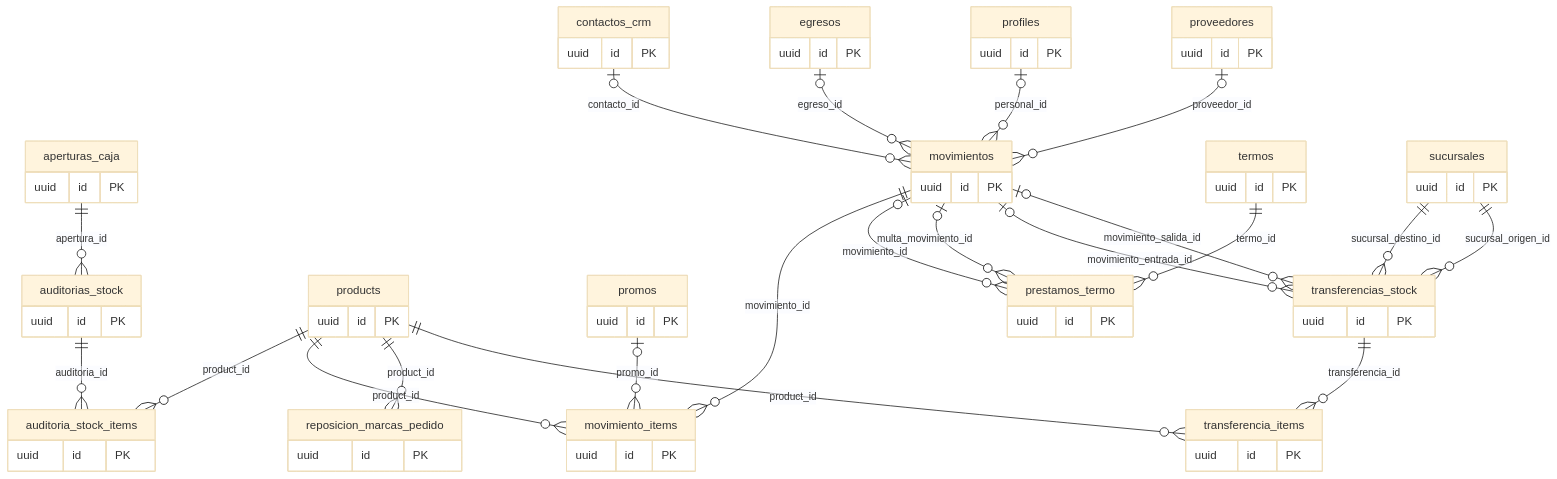
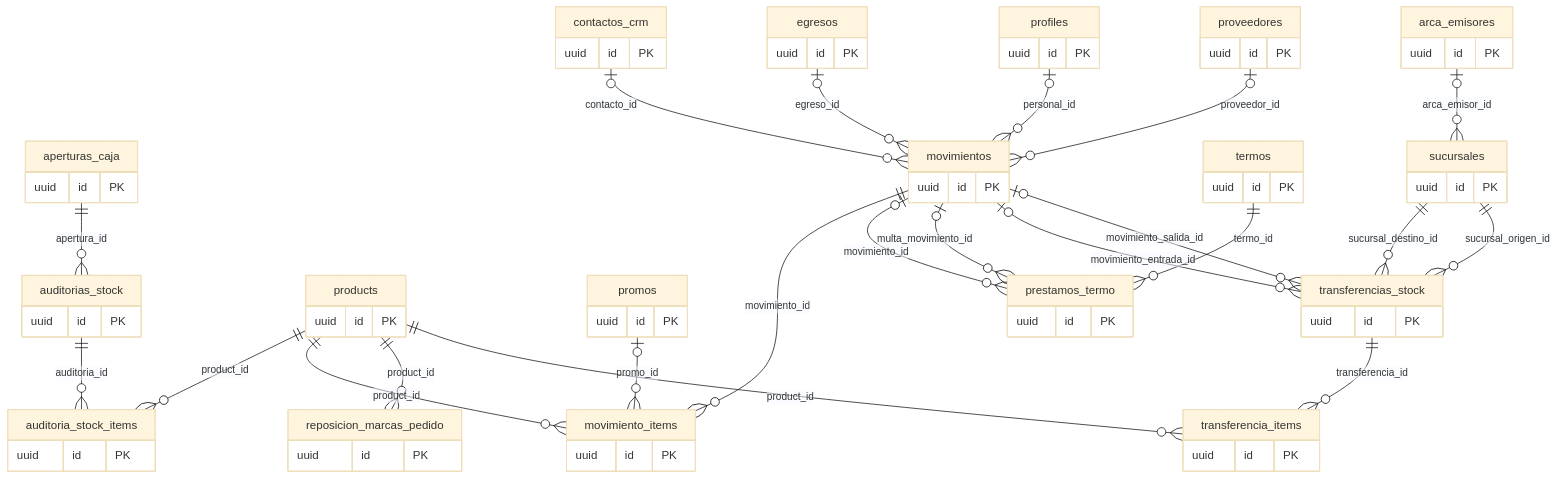
Before and after one commit to gabriel-300/kioscos-ideia: the third of 9 diagrams in docs/base-de-datos.md, drawn with Mermaid (base theme). The commit also changed other lines of this file and 28 other files, not shown here.

````diff
--- a/docs/base-de-datos.md
+++ b/docs/base-de-datos.md
@@ -294,74 +295,78 @@
 ```mermaid
 erDiagram
   auditorias_stock ||--o{ auditoria_stock_items : "auditoria_id"
   products ||--o{ auditoria_stock_items : "product_id"
   aperturas_caja ||--o{ auditorias_stock : "apertura_id"
   movimientos ||--o{ movimiento_items : "movimiento_id"
   products ||--o{ movimiento_items : "product_id"
   promos |o--o{ movimiento_items : "promo_id"
   contactos_crm |o--o{ movimientos : "contacto_id"
   egresos |o--o{ movimientos : "egreso_id"
   profiles |o--o{ movimientos : "personal_id"
   proveedores |o--o{ movimientos : "proveedor_id"
   movimientos |o--o{ prestamos_termo : "movimiento_id"
   movimientos |o--o{ prestamos_termo : "multa_movimiento_id"
   termos ||--o{ prestamos_termo : "termo_id"
   products ||--o{ reposicion_marcas_pedido : "product_id"
+  arca_emisores |o--o{ sucursales : "arca_emisor_id"
   products ||--o{ transferencia_items : "product_id"
   transferencias_stock ||--o{ transferencia_items : "transferencia_id"
   movimientos |o--o{ transferencias_stock : "movimiento_entrada_id"
   movimientos |o--o{ transferencias_stock : "movimiento_salida_id"
   sucursales ||--o{ transferencias_stock : "sucursal_destino_id"
   sucursales ||--o{ transferencias_stock : "sucursal_origen_id"
   sucursales {
     uuid id PK
   }
   movimientos {
     uuid id PK
   }
   movimiento_items {
     uuid id PK
   }
   transferencias_stock {
     uuid id PK
   }
   transferencia_items {
     uuid id PK
   }
   auditorias_stock {
     uuid id PK
   }
   auditoria_stock_items {
     uuid id PK
   }
   termos {
     uuid id PK
   }
   prestamos_termo {
     uuid id PK
   }
   reposicion_marcas_pedido {
     uuid id PK
   }
   products {
     uuid id PK
   }
   aperturas_caja {
     uuid id PK
   }
   promos {
     uuid id PK
   }
   contactos_crm {
     uuid id PK
   }
   egresos {
     uuid id PK
   }
   profiles {
     uuid id PK
   }
   proveedores {
     uuid id PK
   }
+  arca_emisores {
+    uuid id PK
+  }
 ```
````
